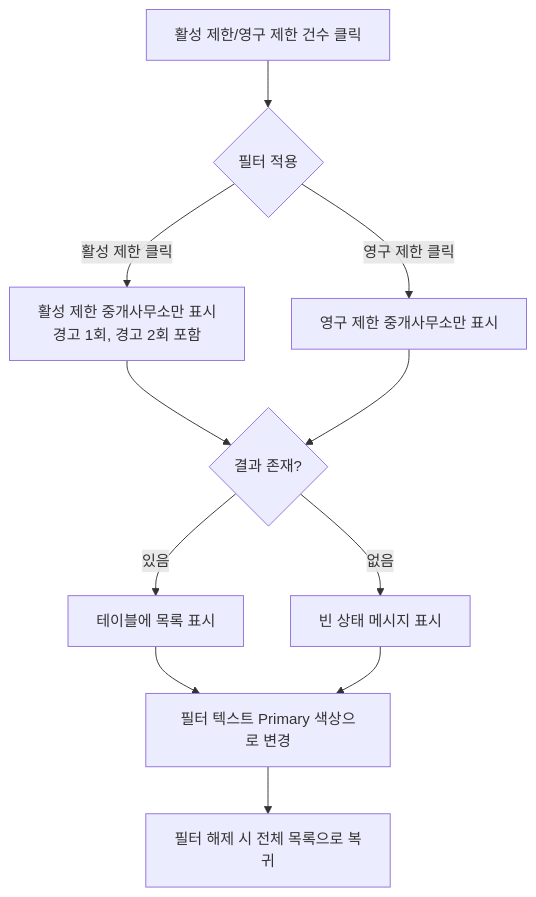
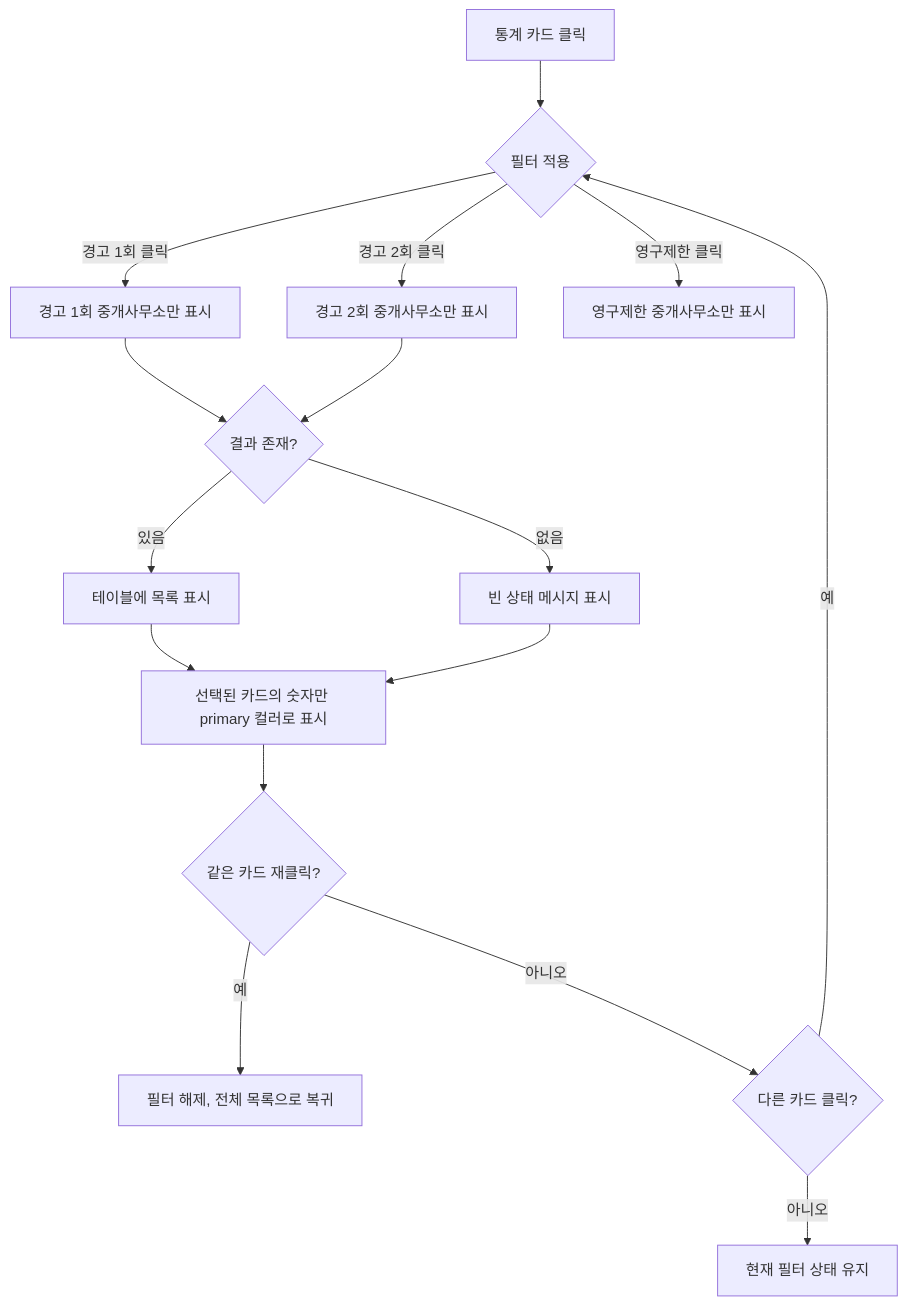
The second of 2 diagrams in docs/prd/prd.fake-ads-out-restrictions.md (elfgee/Ceo), drawn with Mermaid before and after one commit. The commit also changed other lines of this file and 5 other files, not shown here.

````diff
--- a/docs/prd/prd.fake-ads-out-restrictions.md
+++ b/docs/prd/prd.fake-ads-out-restrictions.md
@@ -306,13 +305,19 @@
 ```mermaid
 flowchart TD
-    A[활성 제한/영구 제한 건수 클릭] --> B{필터 적용}
-    B -->|활성 제한 클릭| C[활성 제한 중개사무소만 표시<br/>경고 1회, 경고 2회 포함]
-    B -->|영구 제한 클릭| D[영구 제한 중개사무소만 표시]
+
+    A[통계 카드 클릭] --> B{필터 적용}
+    B -->|경고 1회 클릭| C[경고 1회 중개사무소만 표시]
+    B -->|경고 2회 클릭| D[경고 2회 중개사무소만 표시]
+    B -->|영구제한 클릭| E[영구제한 중개사무소만 표시]
     C --> F{결과 존재?}
     D --> F
     F -->|있음| G[테이블에 목록 표시]
     F -->|없음| H[빈 상태 메시지 표시]
-    G --> I[필터 텍스트 Primary 색상으로 변경]
+    G --> I[선택된 카드의 숫자만 primary 컬러로 표시]
     H --> I
-    I --> J[필터 해제 시 전체 목록으로 복귀]
+    I --> J{같은 카드 재클릭?}
+    J -->|예| K[필터 해제, 전체 목록으로 복귀]
+    J -->|아니오| L{다른 카드 클릭?}
+    L -->|예| B
+    L -->|아니오| M[현재 필터 상태 유지]
 ```
````
